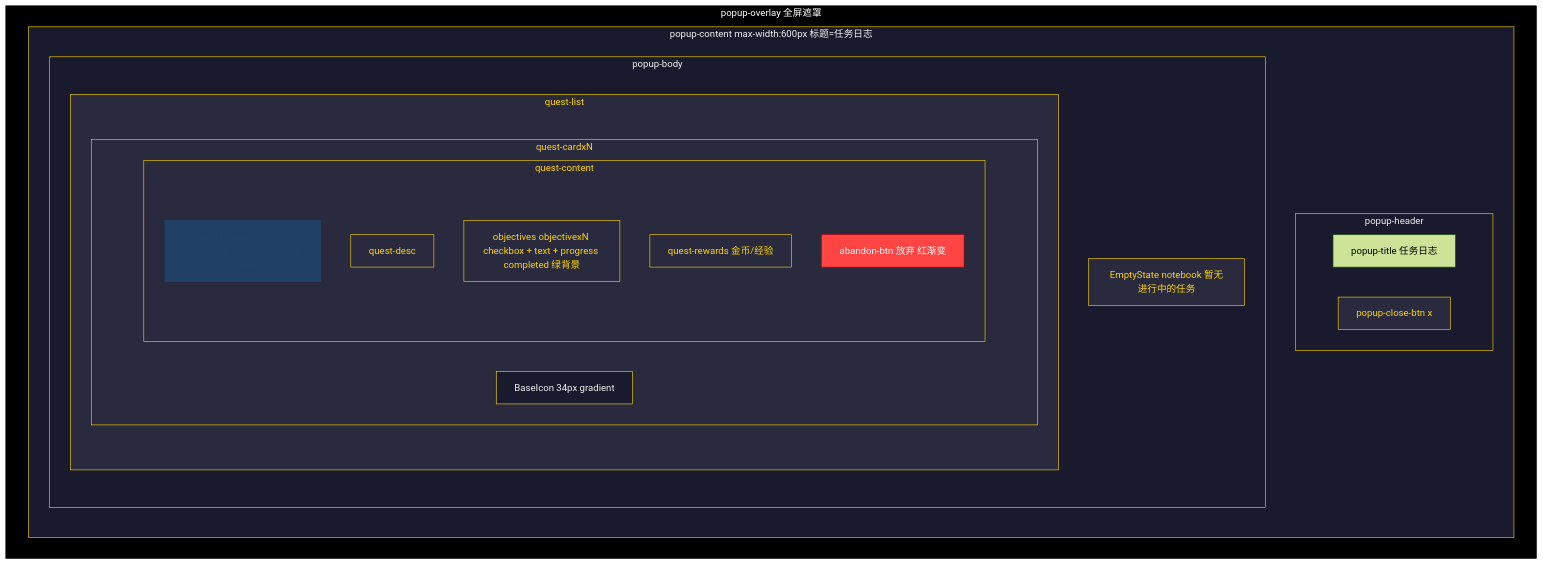
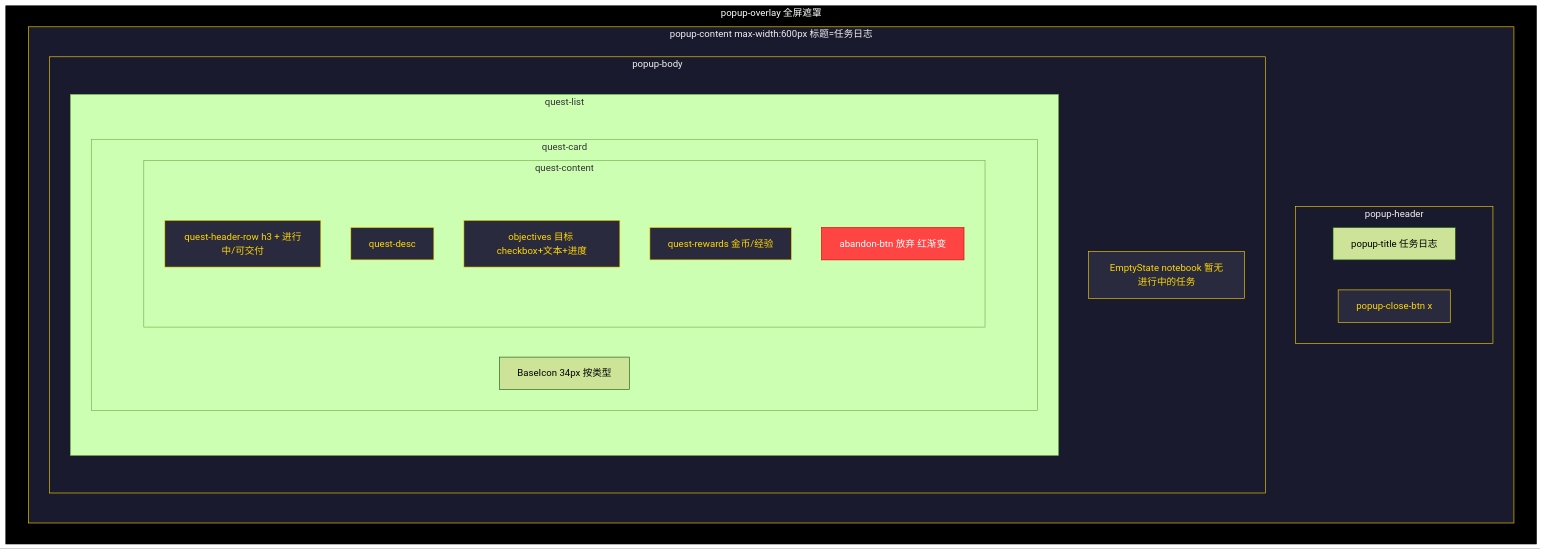
The tenth of 14 diagrams in doc/UI/UI_DESIGN_SPEC_POPUPS.md (SonDemigods/wow_dnd), drawn with Mermaid (forest theme) before and after one commit. The commit also changed other lines of this file and 55 other files, not shown here.

````diff
--- a/doc/UI/UI_DESIGN_SPEC_POPUPS.md
+++ b/doc/UI/UI_DESIGN_SPEC_POPUPS.md
@@ -1073,46 +1087,44 @@
 ```mermaid
 flowchart TB
     subgraph overlay["popup-overlay 全屏遮罩"]
         subgraph container["popup-content max-width:600px 标题=任务日志"]
             direction TB
             subgraph header["popup-header"]
                 direction LR
                 title["popup-title 任务日志"]
                 close["popup-close-btn x"]
             end
             subgraph body["popup-body"]
                 direction TB
                 subgraph questList["quest-list"]
                     direction TB
-                    subgraph questCard["quest-cardxN"]
+                    subgraph questCard["quest-card"]
                         direction LR
-                        questIcon["BaseIcon 34px gradient"]
-                        subgraph questContent["quest-content"]
+                        qIcon["BaseIcon 34px 按类型"]
+                        subgraph qContent["quest-content"]
                             direction TB
-                            headerRow["quest-header-row h3 + quest-status in_progress 蓝 / completed 绿"]
-                            questDesc["quest-desc"]
-                            questObj["objectives objectivexN checkbox + text + progress completed 绿背景"]
-                            questRewards["quest-rewards 金币/经验"]
-                            abandonBtn["abandon-btn 放弃 红渐变"]
+                            qHeader["quest-header-row h3 + 进行中/可交付"]
+                            qDesc["quest-desc"]
+                            qObj["objectives 目标 checkbox+文本+进度"]
+                            qRewards["quest-rewards 金币/经验"]
+                            qActions["abandon-btn 放弃 红渐变"]
                         end
                     end
                 end
                 emptyState["EmptyState notebook 暂无进行中的任务"]
             end
         end
     end
 
     classDef overlayCls fill:#000000,stroke:#000,color:#fff
     classDef containerCls fill:#1a1a2e,stroke:#ffd700,color:#f0f0f0
     classDef regionCls fill:#2a2a3e,stroke:#ffd700,color:#ffd700
-    classDef progCls fill:#0099ff,stroke:#0099ff,color:#0099ff,opacity:0.2
     classDef abandonCls fill:#ff4444,stroke:#cc0000,color:#fff
 
     class overlay overlayCls
     class container,header,body containerCls
-    class questList,questContent,questDesc,questObj,questRewards,emptyState,questCard regionCls
-    class headerRow progCls
-    class abandonBtn abandonCls
-    class questIcon containerCls
+    class qHeader,qDesc,qObj,qRewards,qActions,emptyState regionCls
+    class questCard,questList listCls
+    class qActions abandonCls
     class close regionCls
 ```
````
